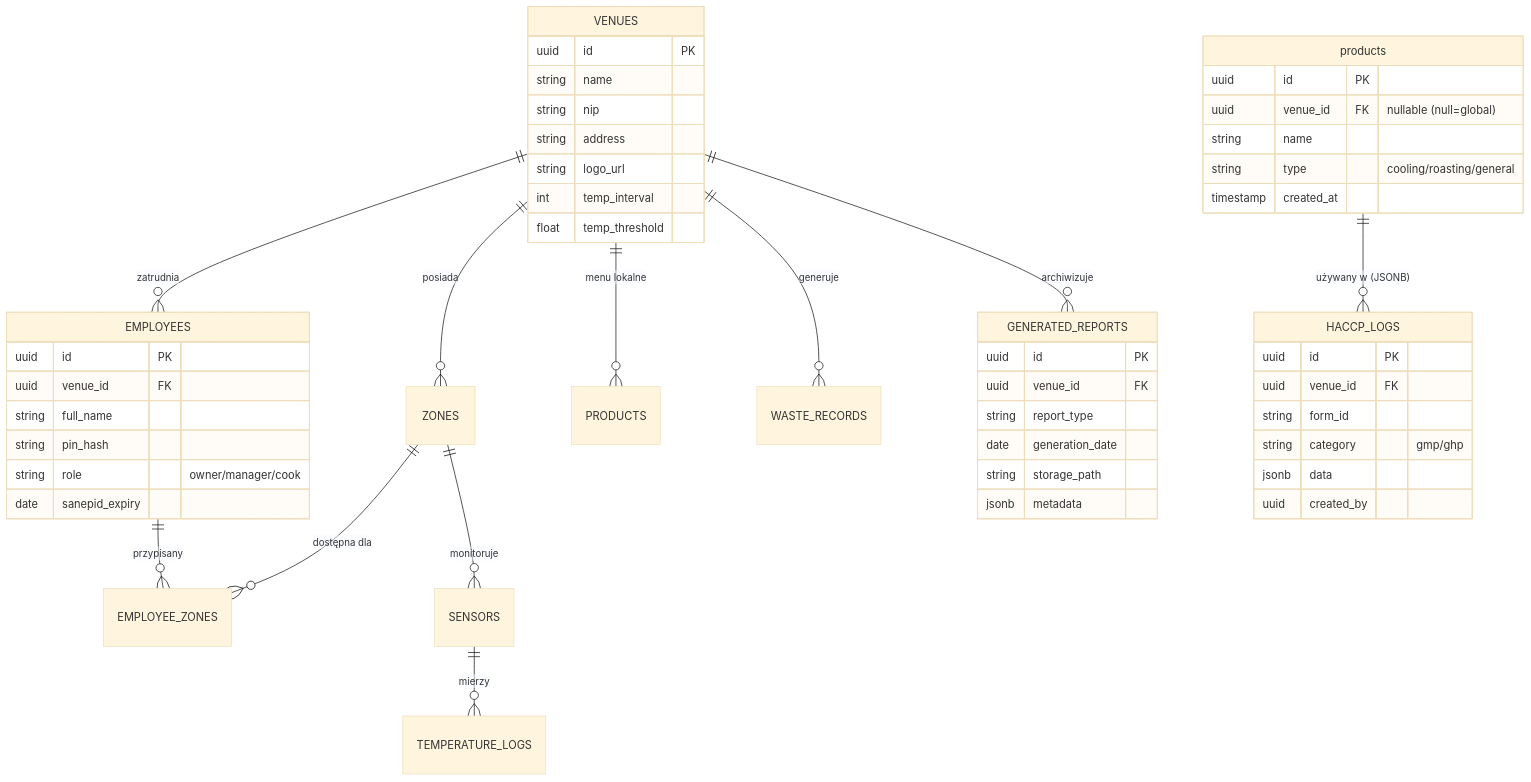
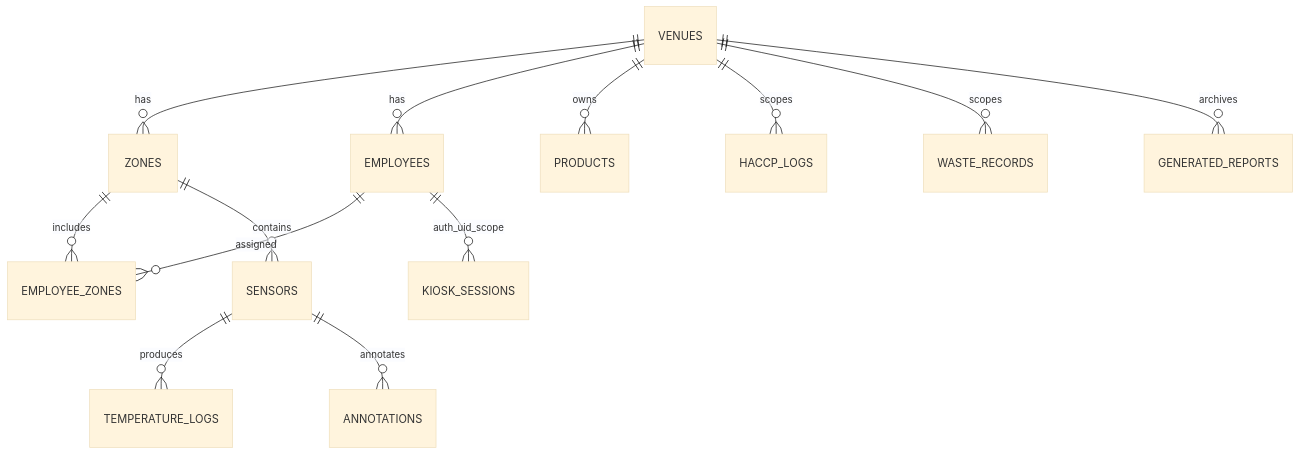
Before and after one commit to JinSakai8/haccp-pilot-v03: the diagram in supabase.md, drawn with Mermaid (base theme). The commit also changed other lines of this file and 29 other files, not shown here.

Commit message:
Implement M04 GHP end-to-end with reports, UI, tests, and docs

````diff
--- a/supabase.md
+++ b/supabase.md
@@ -14,61 +24,18 @@
 ```mermaid
 erDiagram
-    VENUES ||--o{ EMPLOYEES : "zatrudnia"
-    VENUES ||--o{ ZONES : "posiada"
-    VENUES ||--o{ PRODUCTS : "menu lokalne"
-    VENUES ||--o{ WASTE_RECORDS : "generuje"
-    VENUES ||--o{ GENERATED_REPORTS : "archiwizuje"
-    
-    EMPLOYEES ||--o{ EMPLOYEE_ZONES : "przypisany"
-    ZONES ||--o{ EMPLOYEE_ZONES : "dostępna dla"
-    
-    ZONES ||--o{ SENSORS : "monitoruje"
-    SENSORS ||--o{ TEMPERATURE_LOGS : "mierzy"
-    
-    products ||--o{ HACCP_LOGS : "używany w (JSONB)"
-    
-    VENUES {
-        uuid id PK
-        string name
-        string nip
-        string address
-        string logo_url
-        int temp_interval
-        float temp_threshold
-    }
+  VENUES ||--o{ ZONES : has
+  VENUES ||--o{ EMPLOYEES : has
+  VENUES ||--o{ PRODUCTS : owns
+  VENUES ||--o{ HACCP_LOGS : scopes
+  VENUES ||--o{ WASTE_RECORDS : scopes
+  VENUES ||--o{ GENERATED_REPORTS : archives
 
-    EMPLOYEES {
-        uuid id PK
-        uuid venue_id FK
-        string full_name
-        string pin_hash
-        string role "owner/manager/cook"
-        date sanepid_expiry
-    }
+  EMPLOYEES ||--o{ EMPLOYEE_ZONES : assigned
+  ZONES ||--o{ EMPLOYEE_ZONES : includes
 
-    products {
-        uuid id PK
-        uuid venue_id FK "nullable (null=global)"
-        string name
-        string type "cooling/roasting/general"
-        timestamp created_at
-    }
+  ZONES ||--o{ SENSORS : contains
+  SENSORS ||--o{ TEMPERATURE_LOGS : produces
+  SENSORS ||--o{ ANNOTATIONS : annotates
 
-    HACCP_LOGS {
-        uuid id PK
-        uuid venue_id FK
-        string form_id
-        string category "gmp/ghp"
-        jsonb data
-        uuid created_by
-    }
-
-    GENERATED_REPORTS {
-        uuid id PK
-        uuid venue_id FK
-        string report_type
-        date generation_date
-        string storage_path
-        jsonb metadata
-    }
+  EMPLOYEES ||--o{ KIOSK_SESSIONS : auth_uid_scope
 ```
````
